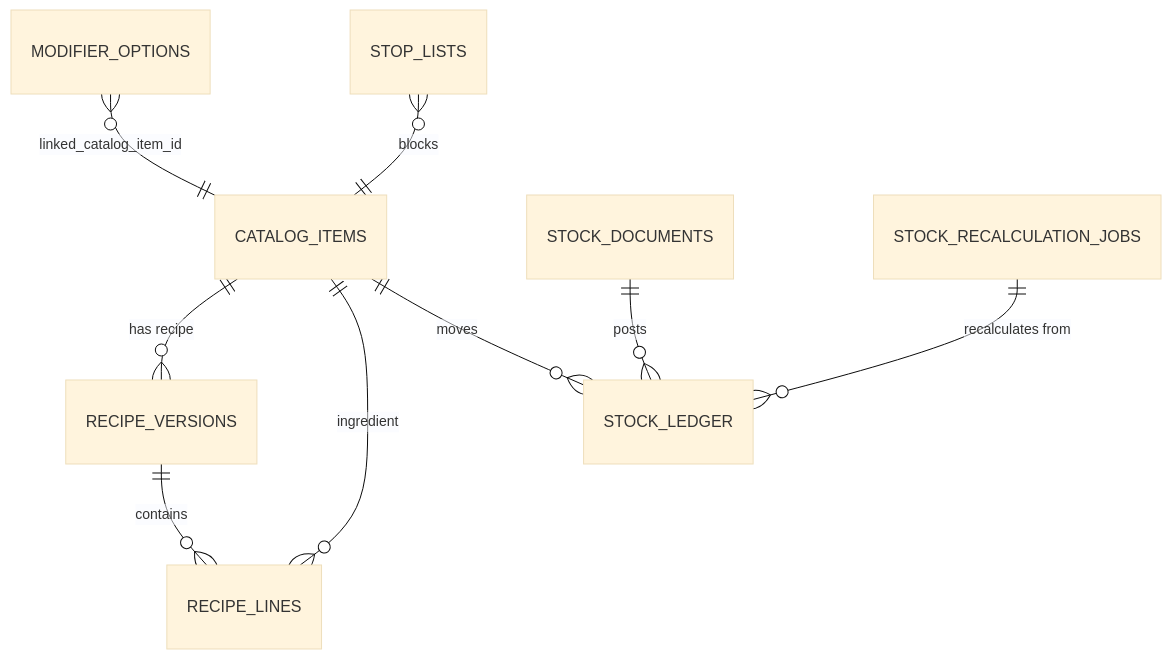
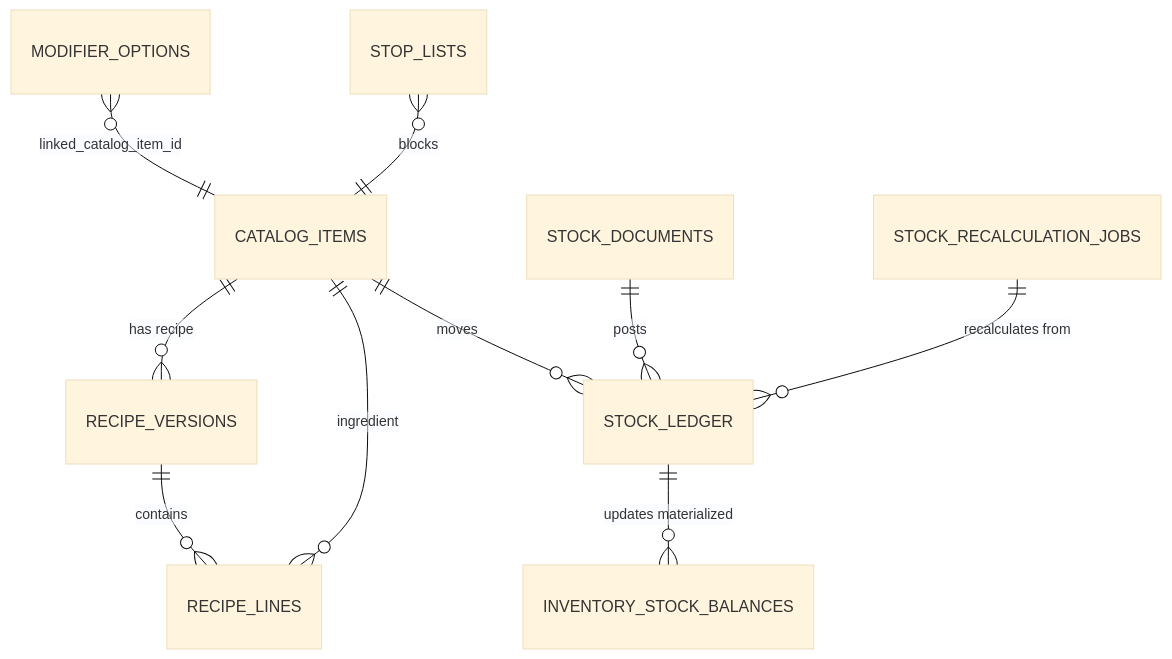
One commit to serty2005/mh-pos changed the diagram in docs/backend/INVENTORY-COSTING-SPEC.md. Above: the diagram before and after it, drawn with Mermaid (base theme). The commit also changed other lines of this file and 17 other files, not shown here.

````diff
--- a/docs/backend/INVENTORY-COSTING-SPEC.md
+++ b/docs/backend/INVENTORY-COSTING-SPEC.md
@@ -130,11 +153,12 @@
 ```mermaid
 erDiagram
   CATALOG_ITEMS ||--o{ RECIPE_VERSIONS : "has recipe"
   RECIPE_VERSIONS ||--o{ RECIPE_LINES : "contains"
   CATALOG_ITEMS ||--o{ RECIPE_LINES : "ingredient"
   MODIFIER_OPTIONS }o--|| CATALOG_ITEMS : "linked_catalog_item_id"
   STOP_LISTS }o--|| CATALOG_ITEMS : "blocks"
   STOCK_DOCUMENTS ||--o{ STOCK_LEDGER : "posts"
   CATALOG_ITEMS ||--o{ STOCK_LEDGER : "moves"
+  STOCK_LEDGER ||--o{ INVENTORY_STOCK_BALANCES : "updates materialized"
   STOCK_RECALCULATION_JOBS ||--o{ STOCK_LEDGER : "recalculates from"
 ```
````
